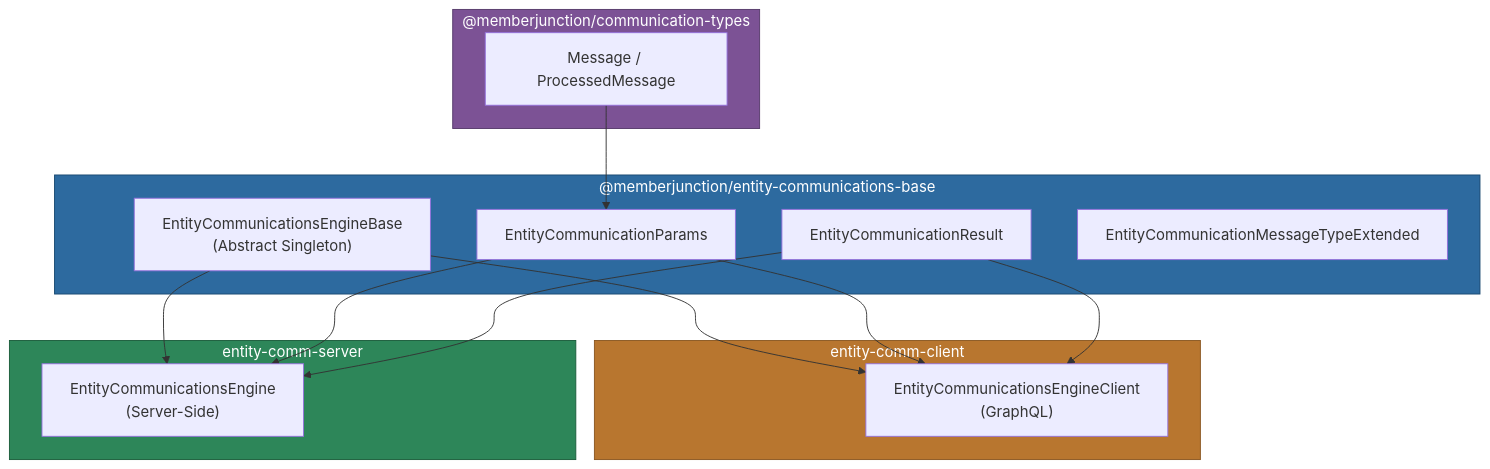
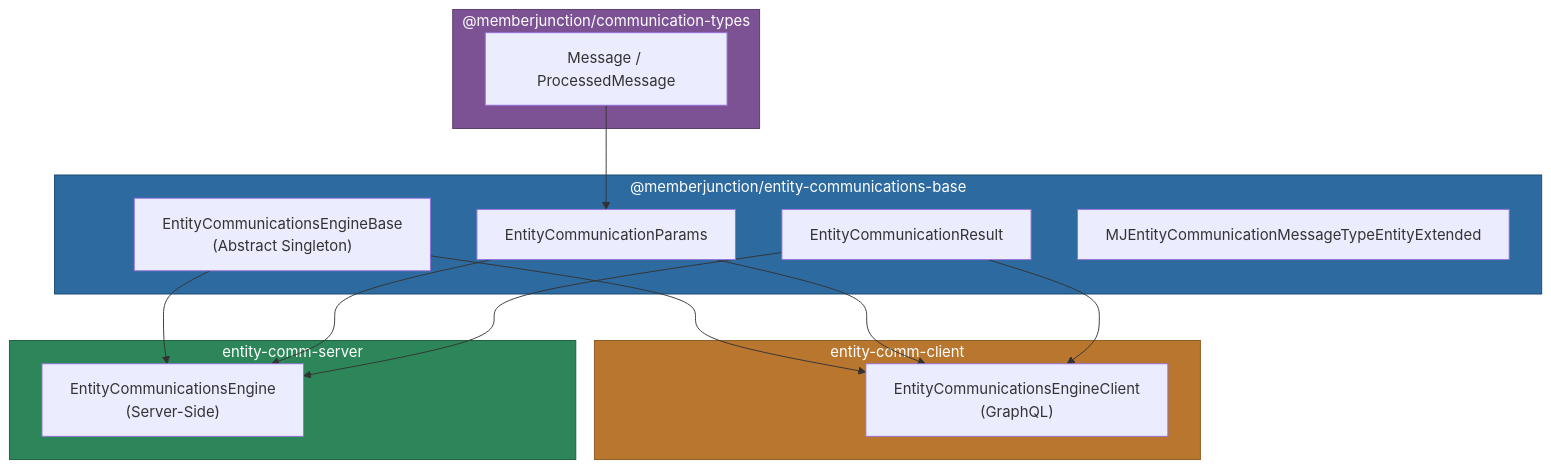
One commit to MemberJunction/MJ changed the first of 2 diagrams in packages/Communication/entity-comm-base/README.md. Above: the diagram before and after it, drawn with Mermaid. The commit also changed other lines of this file and 246 other files, not shown here.

````diff
--- a/packages/Communication/entity-comm-base/README.md
+++ b/packages/Communication/entity-comm-base/README.md
@@ -7,34 +7,34 @@
 ```mermaid
 graph TD
     subgraph base["@memberjunction/entity-communications-base"]
         ENGINE["EntityCommunicationsEngineBase\n(Abstract Singleton)"]
         PARAMS["EntityCommunicationParams"]
         RESULT["EntityCommunicationResult"]
-        EXT["EntityCommunicationMessageTypeExtended"]
+        EXT["MJEntityCommunicationMessageTypeEntityExtended"]
     end
 
     subgraph client["entity-comm-client"]
         CC["EntityCommunicationsEngineClient\n(GraphQL)"]
     end
 
     subgraph server["entity-comm-server"]
         CS["EntityCommunicationsEngine\n(Server-Side)"]
     end
 
     subgraph types["@memberjunction/communication-types"]
         MSG["Message / ProcessedMessage"]
     end
 
     ENGINE --> CC
     ENGINE --> CS
     PARAMS --> CC
     PARAMS --> CS
     RESULT --> CC
     RESULT --> CS
     MSG --> PARAMS
 
     style base fill:#2d6a9f,stroke:#1a4971,color:#fff
     style client fill:#b8762f,stroke:#8a5722,color:#fff
     style server fill:#2d8659,stroke:#1a5c3a,color:#fff
     style types fill:#7c5295,stroke:#563a6b,color:#fff
 ```
````
